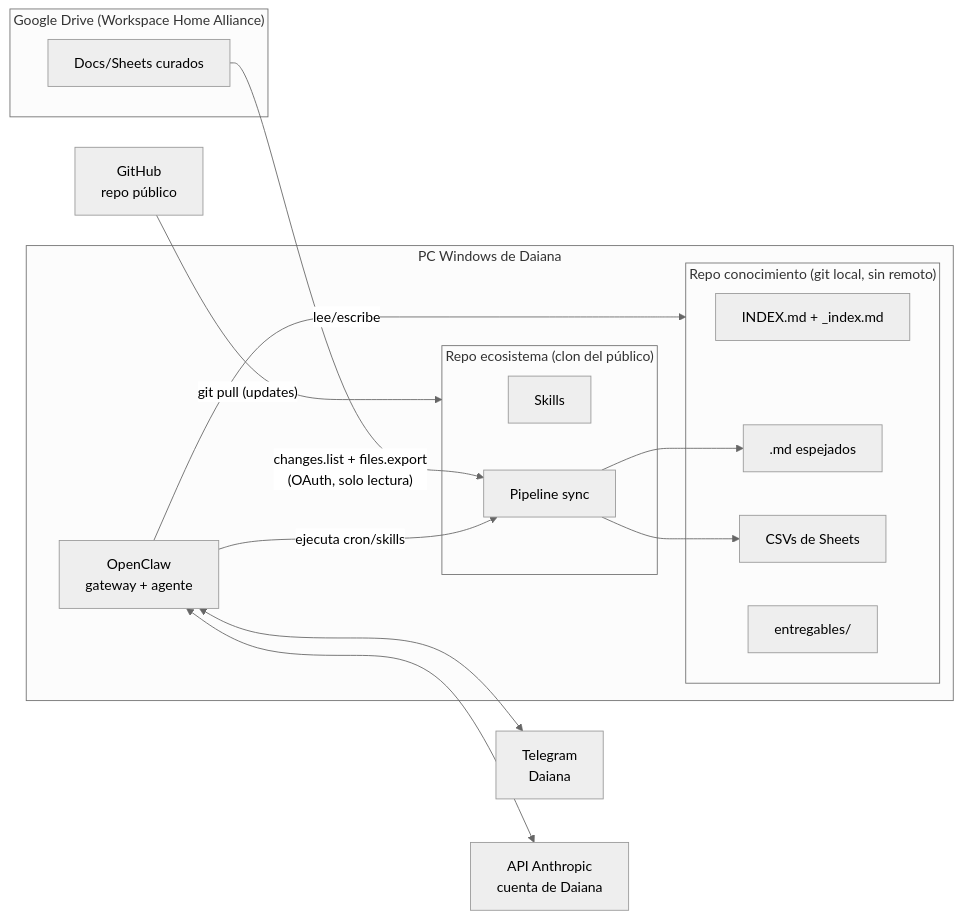
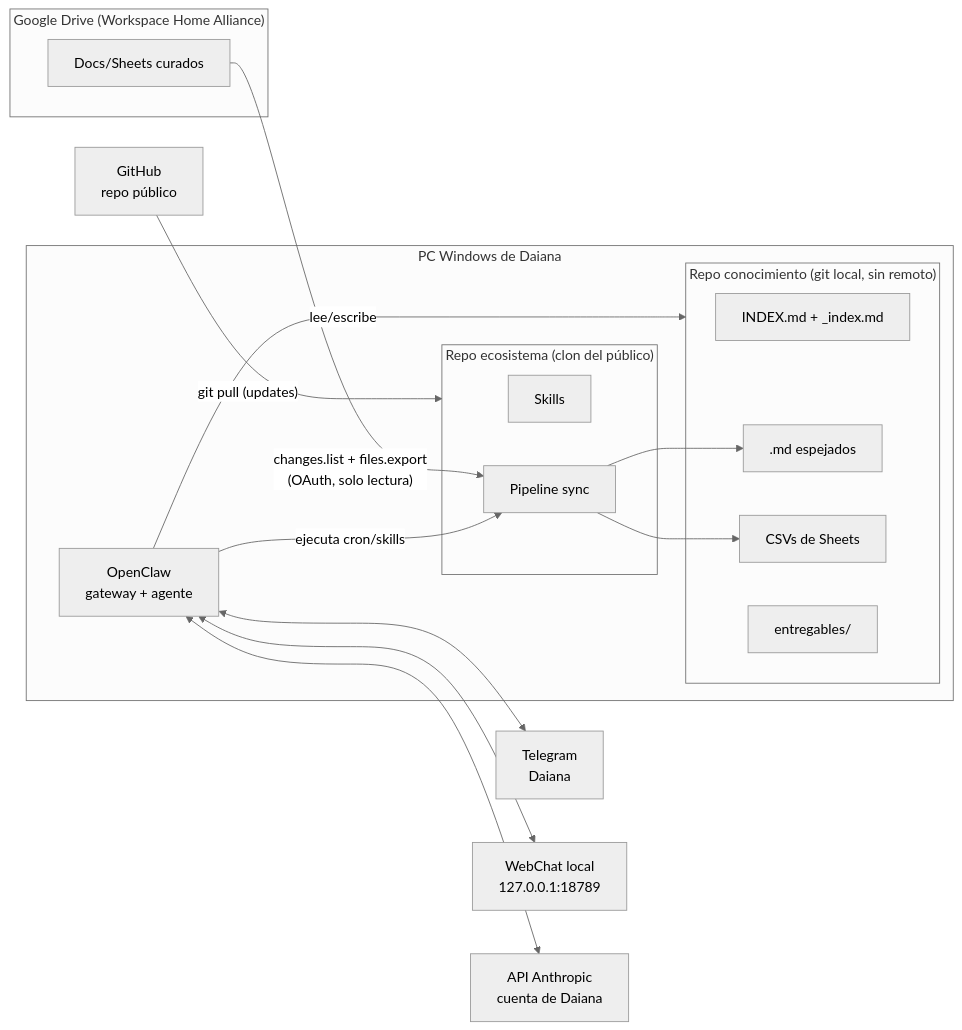
One commit to osorio-cristian-wt/knowledge-hub changed the diagram in docs/diseno.md. Above: the diagram before and after it, drawn with Mermaid (neutral theme). The commit also changed other lines of this file and 2 other files, not shown here.

Commit message:
Añade información sobre el uso de WebChat como canal secundario en el onboarding y actualiza la descripción de los canales de chat en el documento de instalación.

````diff
--- a/docs/diseno.md
+++ b/docs/diseno.md
@@ -13,30 +13,32 @@
 ```mermaid
 flowchart LR
     subgraph Drive["Google Drive (Workspace Home Alliance)"]
         GD[Docs/Sheets curados]
     end
     subgraph PC["PC Windows de Daiana"]
         subgraph ECO["Repo ecosistema (clon del público)"]
             SK[Skills]
             PL[Pipeline sync]
         end
         subgraph KH["Repo conocimiento (git local, sin remoto)"]
             IDX[INDEX.md + _index.md]
             MD[.md espejados]
             CSV[CSVs de Sheets]
             OUT[entregables/]
         end
         OC[OpenClaw<br/>gateway + agente]
     end
     TG[Telegram<br/>Daiana]
+    WEB[WebChat local<br/>127.0.0.1:18789]
     LLM[API Anthropic<br/>cuenta de Daiana]
     GH[GitHub<br/>repo público]
 
     GD -- "changes.list + files.export<br/>(OAuth, solo lectura)" --> PL
     PL --> MD & CSV
     OC -- ejecuta cron/skills --> PL
     OC -- lee/escribe --> KH
     OC <--> TG
+    OC <--> WEB
     OC <--> LLM
     GH -- "git pull (updates)" --> ECO
 ```
````
